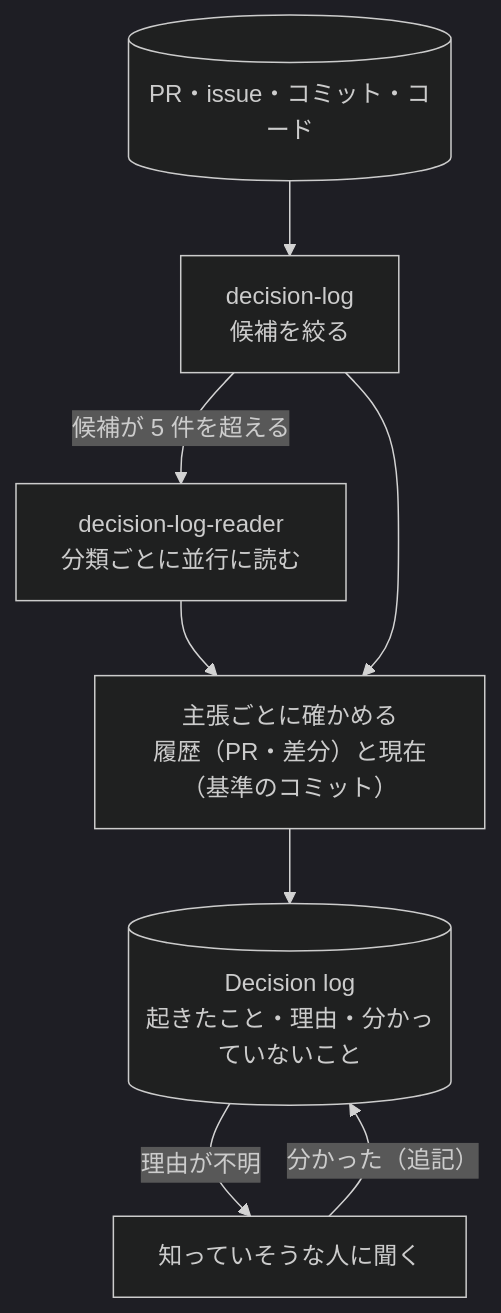
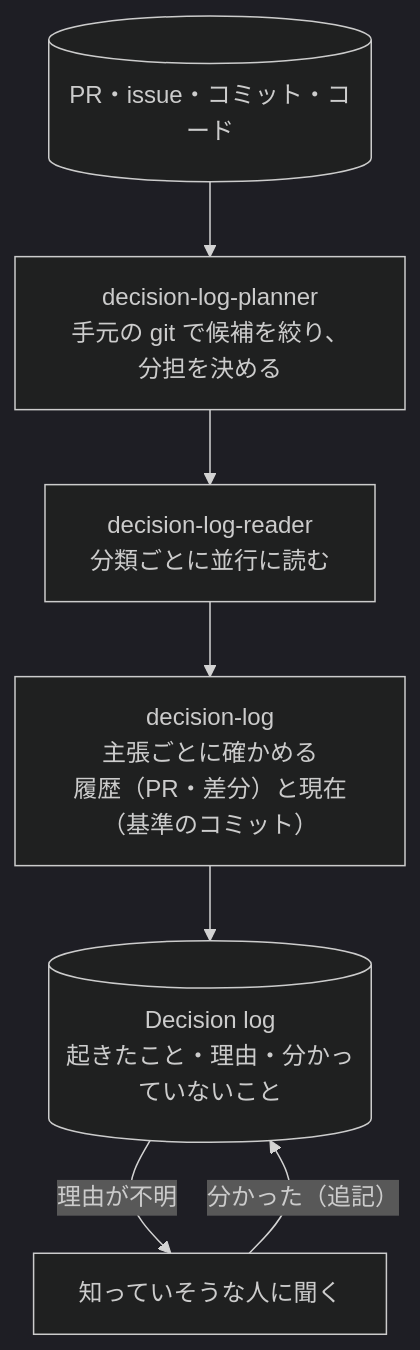
The diagram in README.md (MichinaoShimizu/decision-continuity), drawn with Mermaid (dark theme) before and after one commit. The commit also changed other lines of this file and 11 other files, not shown here.

First line of the commit message:
decision-log: 手順 0〜1 の洗い出しを decision-log-planner サブエージェントに任せる (#59)

````diff
--- a/README.md
+++ b/README.md
@@ -12,10 +13,9 @@
 ```mermaid
 flowchart TD
-    H[("PR・issue・コミット・コード")] --> L["decision-log<br>候補を絞る"]
-    L -- "候補が 5 件を超える" --> R["decision-log-reader<br>分類ごとに並行に読む"]
-    R --> V
-    L --> V["主張ごとに確かめる<br>履歴（PR・差分）と現在（基準のコミット）"]
+    H[("PR・issue・コミット・コード")] --> P["decision-log-planner<br>手元の git で候補を絞り、分担を決める"]
+    P --> R["decision-log-reader<br>分類ごとに並行に読む"]
+    R --> V["decision-log<br>主張ごとに確かめる<br>履歴（PR・差分）と現在（基準のコミット）"]
     V --> D[("Decision log<br>起きたこと・理由・分かっていないこと")]
     D -- "理由が不明" --> Q["知っていそうな人に聞く"]
     Q -- "分かった（追記）" --> D
 ```
````
